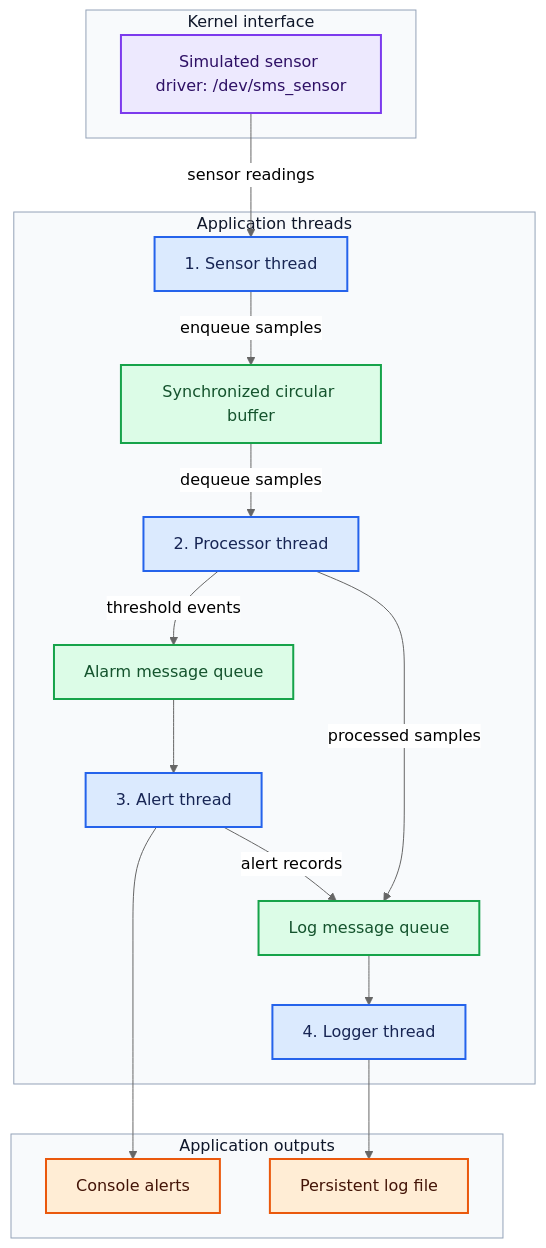
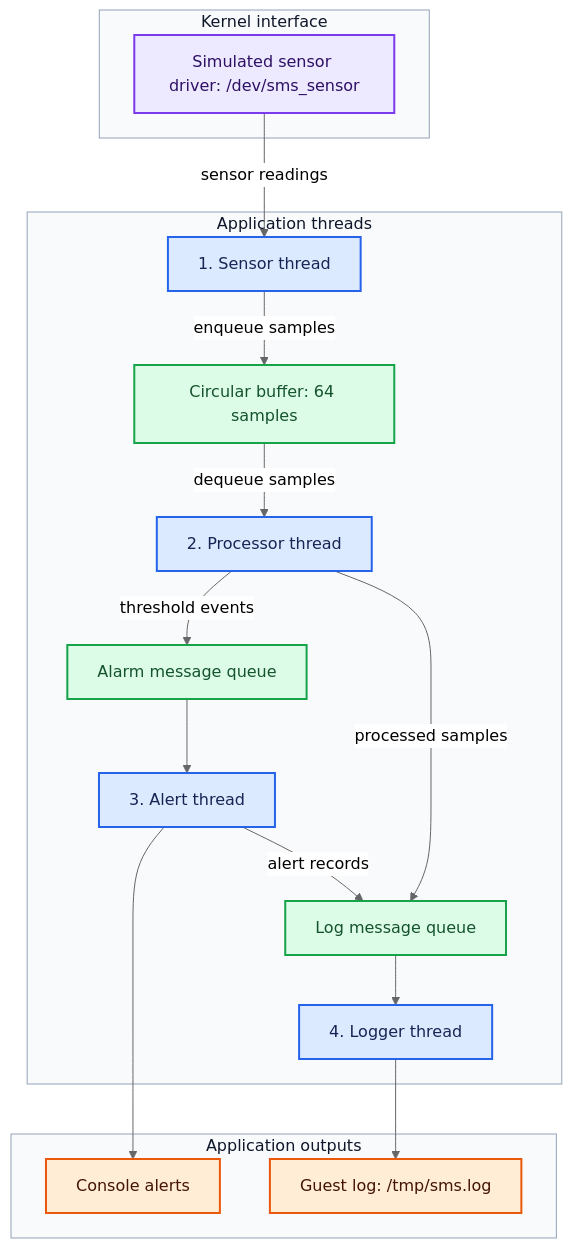
Before and after one commit to phuctran2001/LOS201-Embedded-Linux-Group: the diagram in README.md, drawn with Mermaid (neutral theme). The commit also changed other lines of this file and 1 other file, not shown here.

````diff
--- a/README.md
+++ b/README.md
@@ -432,46 +454,46 @@
 ```mermaid
 flowchart TB
     subgraph KERNEL["Kernel interface"]
         SENSOR["Simulated sensor driver: /dev/sms_sensor"]
     end
 
     subgraph APP["Application threads"]
         ACQUIRE["1. Sensor thread"]
-        BUFFER["Synchronized circular buffer"]
+        BUFFER["Circular buffer: 64 samples"]
         PROCESS["2. Processor thread"]
         ALARMQ["Alarm message queue"]
         ALERT["3. Alert thread"]
         LOGQ["Log message queue"]
         LOGGER["4. Logger thread"]
 
         ACQUIRE -->|"enqueue samples"| BUFFER
         BUFFER -->|"dequeue samples"| PROCESS
         PROCESS -->|"threshold events"| ALARMQ
         ALARMQ --> ALERT
         PROCESS -->|"processed samples"| LOGQ
         ALERT -->|"alert records"| LOGQ
         LOGQ --> LOGGER
     end
 
     subgraph OUTPUT["Application outputs"]
         TERMINAL["Console alerts"]
-        LOGFILE["Persistent log file"]
+        LOGFILE["Guest log: /tmp/sms.log"]
     end
 
     SENSOR -->|"sensor readings"| ACQUIRE
     ALERT --> TERMINAL
     LOGGER --> LOGFILE
 
     style KERNEL fill:#f8fafc,stroke:#94a3b8,color:#0f172a
     style APP fill:#f8fafc,stroke:#94a3b8,color:#0f172a
     style OUTPUT fill:#f8fafc,stroke:#94a3b8,color:#0f172a
 
     classDef kernel fill:#ede9fe,stroke:#7c3aed,color:#2e1065,stroke-width:2px;
     classDef thread fill:#dbeafe,stroke:#2563eb,color:#172554,stroke-width:2px;
     classDef shared fill:#dcfce7,stroke:#16a34a,color:#14532d,stroke-width:2px;
     classDef output fill:#ffedd5,stroke:#ea580c,color:#431407,stroke-width:2px;
     class SENSOR kernel;
     class ACQUIRE,PROCESS,ALERT,LOGGER thread;
     class BUFFER,ALARMQ,LOGQ shared;
     class TERMINAL,LOGFILE output;
 ```
````
